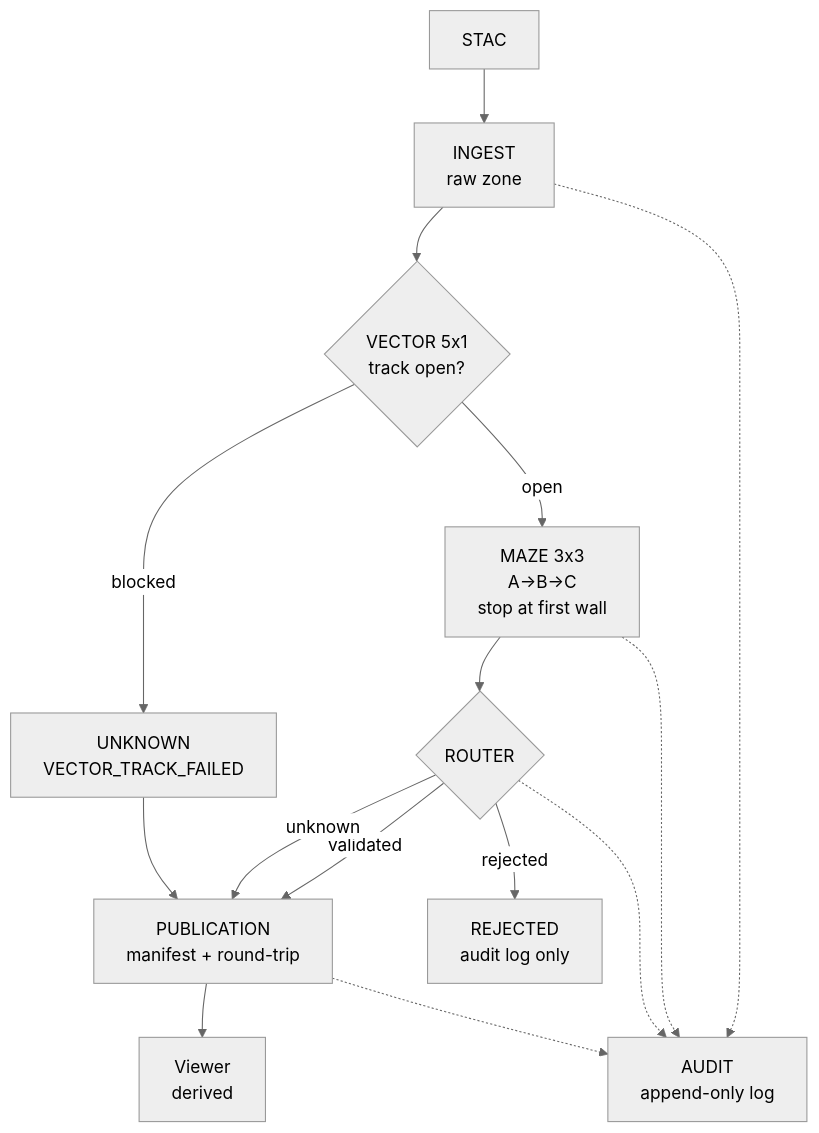
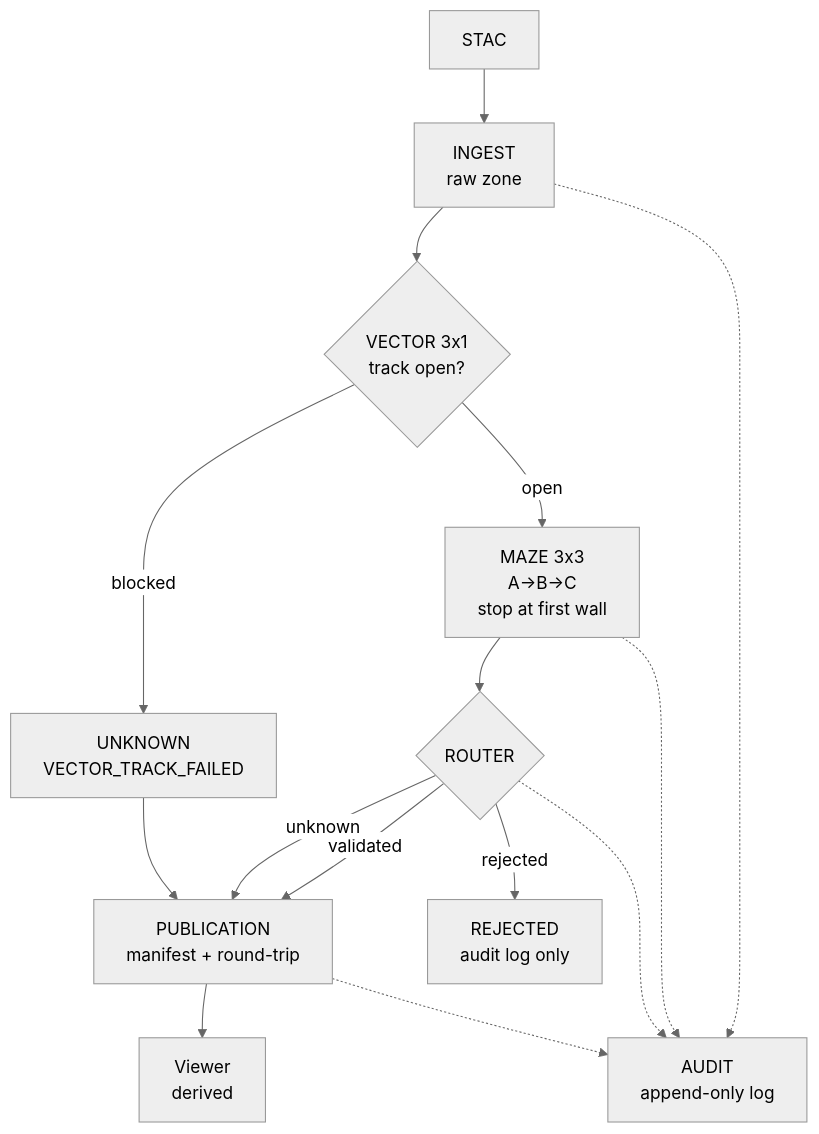
One commit to racosta-data/lots-twin changed the eighth of 8 diagrams in docs/maze-flow.md. Above: the diagram before and after it, drawn with Mermaid (neutral theme). The commit also changed other lines of this file and 2 other files, not shown here.

````diff
--- a/docs/maze-flow.md
+++ b/docs/maze-flow.md
@@ -153,17 +153,17 @@
 ```mermaid
 flowchart TD
   S[STAC] --> ING[INGEST<br/>raw zone]
-  ING --> VEC{VECTOR 5x1<br/>track open?}
+  ING --> VEC{VECTOR 3x1<br/>track open?}
   VEC -- open --> MAZE[MAZE 3x3<br/>A->B->C<br/>stop at first wall]
   VEC -- blocked --> UNKN[UNKNOWN<br/>VECTOR_TRACK_FAILED]
   MAZE --> Z{ROUTER}
   Z -- validated --> PUB[PUBLICATION<br/>manifest + round-trip]
   Z -- unknown --> PUB
   UNKN --> PUB
   Z -- rejected --> REJ[REJECTED<br/>audit log only]
   PUB --> MAP[Viewer<br/>derived]
   ING -.-> AUD[AUDIT<br/>append-only log]
   MAZE -.-> AUD
   Z -.-> AUD
   PUB -.-> AUD
 ```
````
